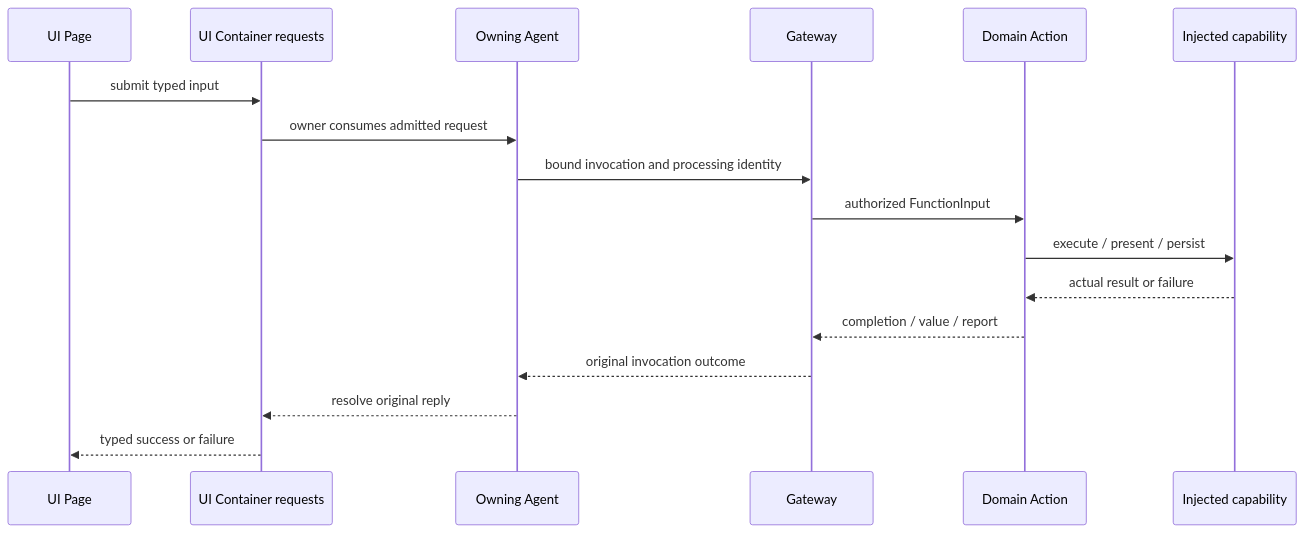
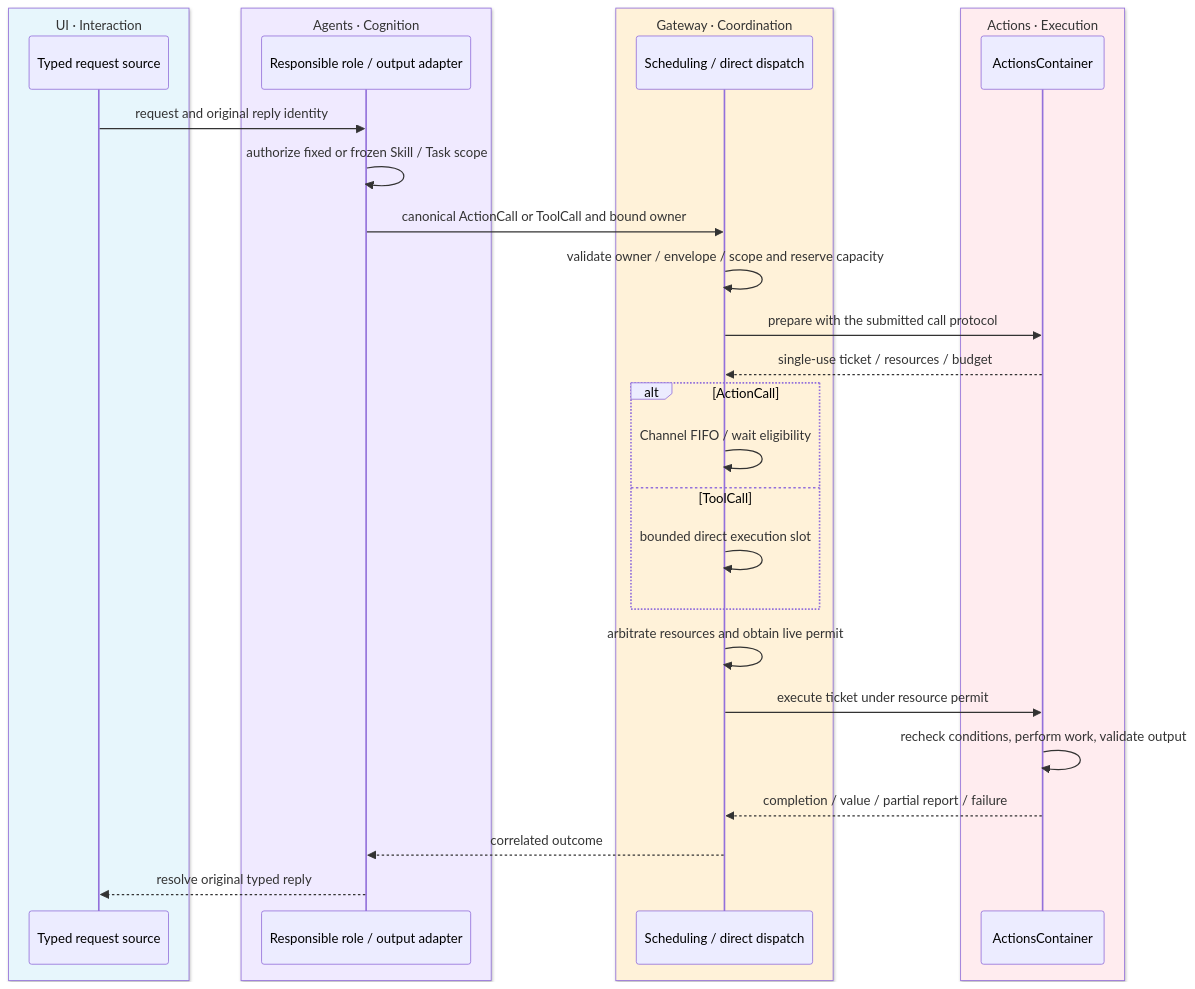
One commit to devilyouwei/MobileHarness changed the seventh of 25 diagrams in MobileHarness/README.md. Above: the diagram before and after it, drawn with Mermaid. The commit also changed other lines of this file and 352 other files, not shown here.

````diff
--- a/MobileHarness/README.md
+++ b/MobileHarness/README.md
@@ -309,19 +545,32 @@
 ```mermaid
 sequenceDiagram
-    participant View as UI Page
-    participant Source as UI Container requests
-    participant Agent as Owning Agent
-    participant Gate as Gateway
-    participant Action as Domain Action
-    participant Base as Injected capability
-    View->>Source: submit typed input
-    Source->>Agent: owner consumes admitted request
-    Agent->>Gate: bound invocation and processing identity
-    Gate->>Action: authorized FunctionInput
-    Action->>Base: execute / present / persist
-    Base-->>Action: actual result or failure
-    Action-->>Gate: completion / value / report
-    Gate-->>Agent: original invocation outcome
-    Agent-->>Source: resolve original reply
-    Source-->>View: typed success or failure
+    box rgb(231,246,252) UI · Interaction
+        participant UI as Typed request source
+    end
+    box rgb(240,234,255) Agents · Cognition
+        participant A as Responsible role / output adapter
+    end
+    box rgb(255,242,217) Gateway · Coordination
+        participant G as Scheduling / direct dispatch
+    end
+    box rgb(255,236,239) Actions · Execution
+        participant X as ActionsContainer
+    end
+    UI->>A: request and original reply identity
+    A->>A: authorize fixed or frozen Skill / Task scope
+    A->>G: canonical ActionCall or ToolCall and bound owner
+    G->>G: validate owner / envelope / scope and reserve capacity
+    G->>X: prepare with the submitted call protocol
+    X-->>G: single-use ticket / resources / budget
+    alt ActionCall
+        G->>G: Channel FIFO / wait eligibility
+    else ToolCall
+        G->>G: bounded direct execution slot
+    end
+    G->>G: arbitrate resources and obtain live permit
+    G->>X: execute ticket under resource permit
+    X->>X: recheck conditions, perform work, validate output
+    X-->>G: completion / value / partial report / failure
+    G-->>A: correlated outcome
+    A-->>UI: resolve original typed reply
 ```
````
